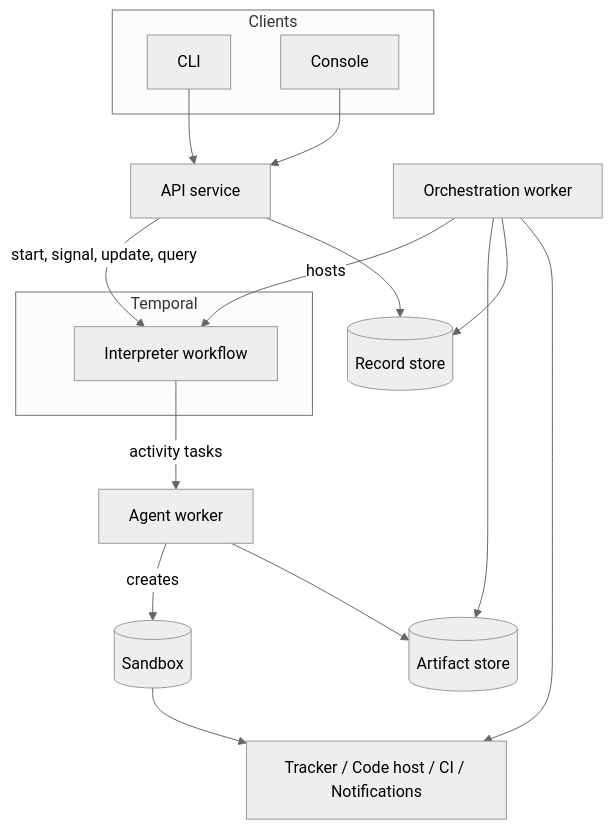
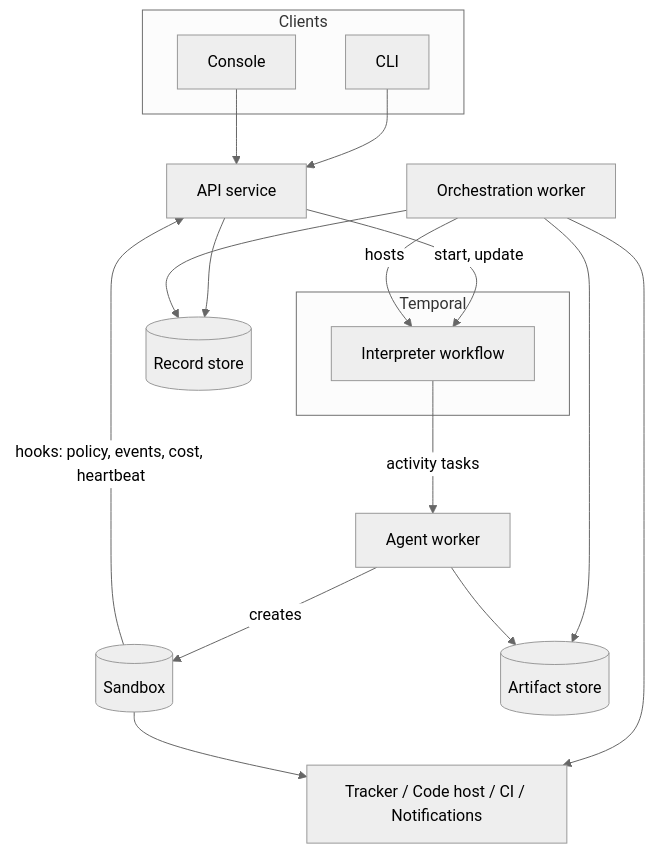
One commit to ai-feature-flow/feature-flow-poc changed the first of 2 diagrams in docs/01-architecture-first-pass.md. Above: the diagram before and after it, drawn with Mermaid (neutral theme). The commit also changed other lines of this file and 2 other files, not shown here.

First line of the commit message:
Apply review 01 decisions to the architecture and working questions

````diff
--- a/docs/01-architecture-first-pass.md
+++ b/docs/01-architecture-first-pass.md
@@ -39,30 +45,31 @@
 ```mermaid
 graph TB
     subgraph Clients
       CLI[CLI]
       CON[Console]
     end
     API[API service]
     subgraph Temporal
       WF[Interpreter workflow]
     end
     OW[Orchestration worker]
     AW[Agent worker]
     SB[(Sandbox)]
     AS[(Artifact store)]
     RS[(Record store)]
     EXT[Tracker / Code host / CI / Notifications]
 
     CLI --> API
     CON --> API
-    API -->|start, signal, update, query| WF
+    API -->|start, update| WF
     API --> RS
     OW -->|hosts| WF
     OW --> AS
     OW --> RS
     OW --> EXT
     WF -->|activity tasks| AW
     AW -->|creates| SB
     SB --> EXT
     AW --> AS
+    SB -->|hooks: policy, events, cost, heartbeat| API
 ```
````
